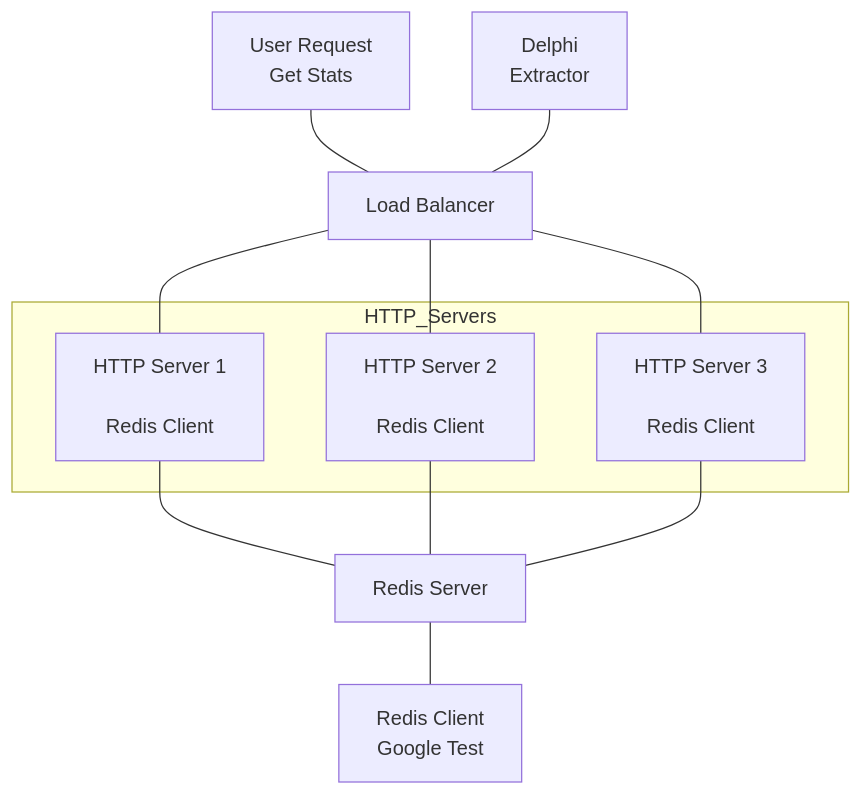
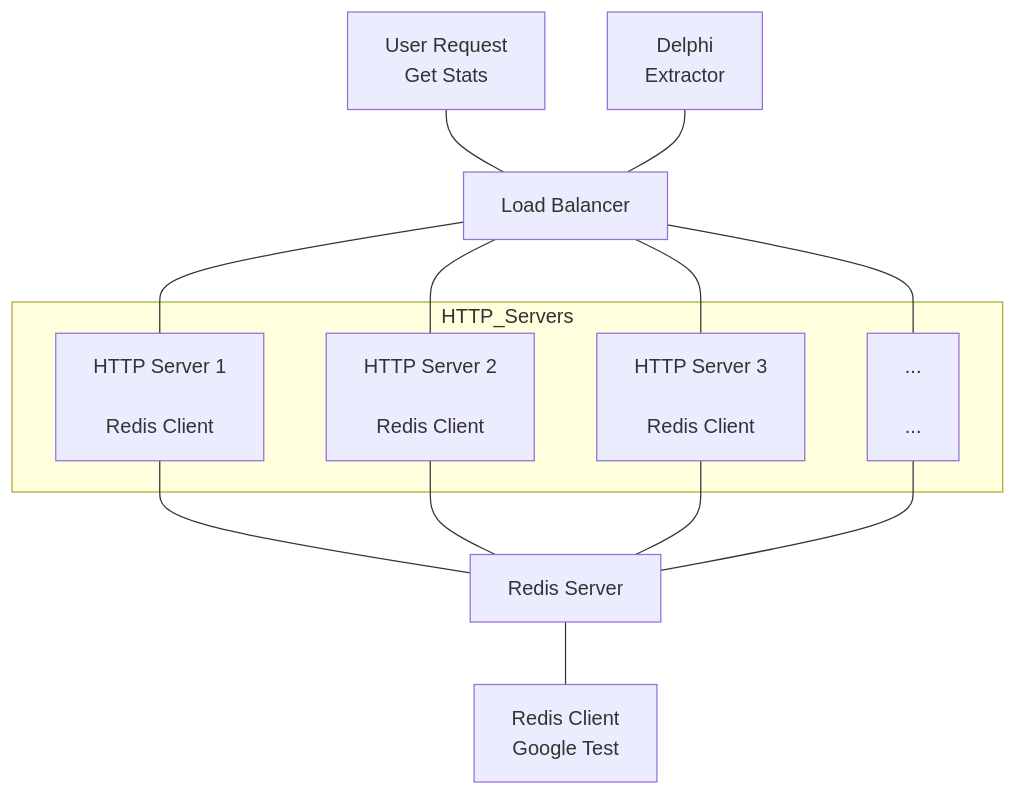
Before and after one commit to hygtfrde/Pythia: the diagram in README.md, drawn with Mermaid. The commit also changed 6 other files, not shown here.

````diff
--- a/README.md
+++ b/README.md
@@ -87,23 +87,26 @@
 ```mermaid
 flowchart TD
     UserReq["User Request<br>Get Stats"]
     lb["Load Balancer"]
     subgraph HTTP_Servers
         httpServer1["HTTP Server 1<br><br>Redis Client"]
         httpServer2["HTTP Server 2<br><br>Redis Client"]
         httpServer3["HTTP Server 3<br><br>Redis Client"]
+        httpServer4["...<br><br>..."]
     end
     redisServer["Redis Server"]
     gtest["Redis Client<br>Google Test"]
     delphi["Delphi<br>Extractor"]
 
     UserReq --- lb
     delphi --- lb
     lb --- httpServer1
     lb --- httpServer2
     lb --- httpServer3
+    lb --- httpServer4
     httpServer1 --- redisServer
     httpServer2 --- redisServer
     httpServer3 --- redisServer
+    httpServer4 --- redisServer
     redisServer --- gtest
 ```
````
